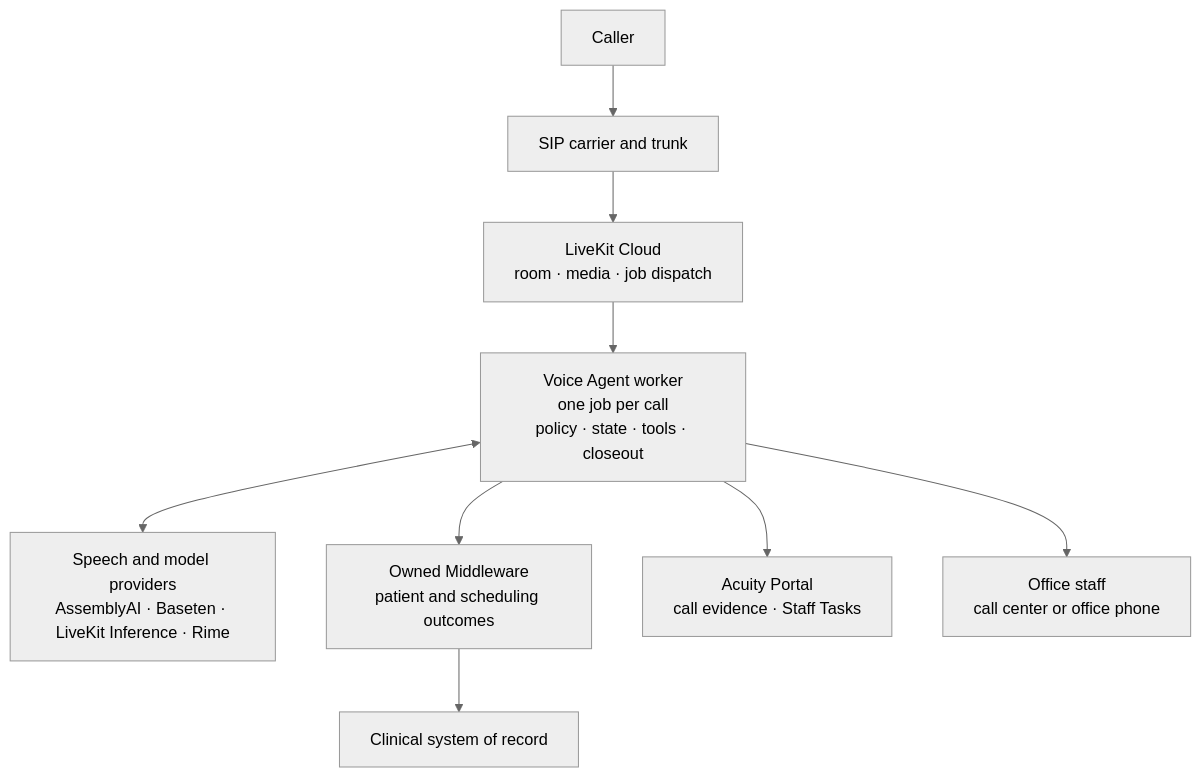
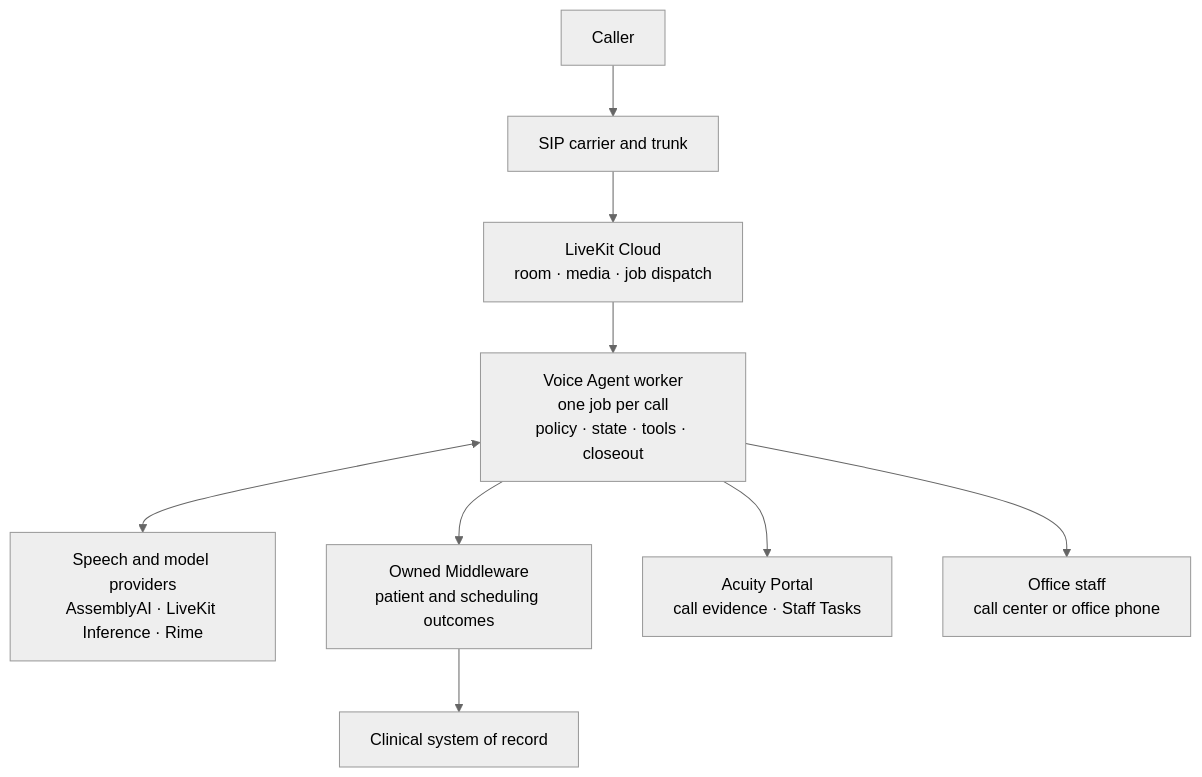
The first of 8 diagrams in README.md (chasef07/abita_agent), drawn with Mermaid (neutral theme) before and after one commit. The commit also changed other lines of this file and 6 other files, not shown here.

First line of the commit message:
feat(llm): use Gemma with DeepSeek fallback through LiveKit (#417)

````diff
--- a/README.md
+++ b/README.md
@@ -25,18 +25,18 @@
 ```mermaid
 flowchart TD
     caller["Caller"]
     carrier["SIP carrier and trunk"]
     livekit["LiveKit Cloud<br/>room · media · job dispatch"]
     worker["Voice Agent worker<br/>one job per call<br/>policy · state · tools · closeout"]
-    speech["Speech and model providers<br/>AssemblyAI · Baseten · LiveKit Inference · Rime"]
+    speech["Speech and model providers<br/>AssemblyAI · LiveKit Inference · Rime"]
     middleware["Owned Middleware<br/>patient and scheduling outcomes"]
     records["Clinical system of record"]
     portal["Acuity Portal<br/>call evidence · Staff Tasks"]
     humans["Office staff<br/>call center or office phone"]
 
     caller --> carrier --> livekit --> worker
     worker <--> speech
     worker --> middleware --> records
     worker --> portal
     worker --> humans
 ```
````
